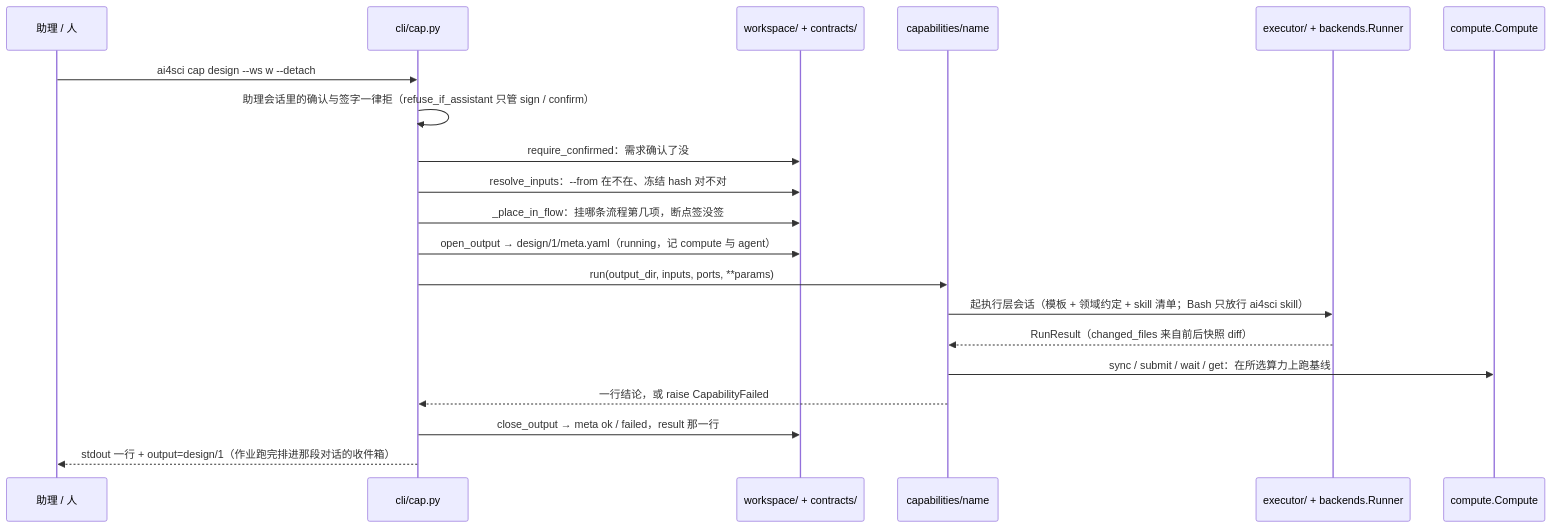
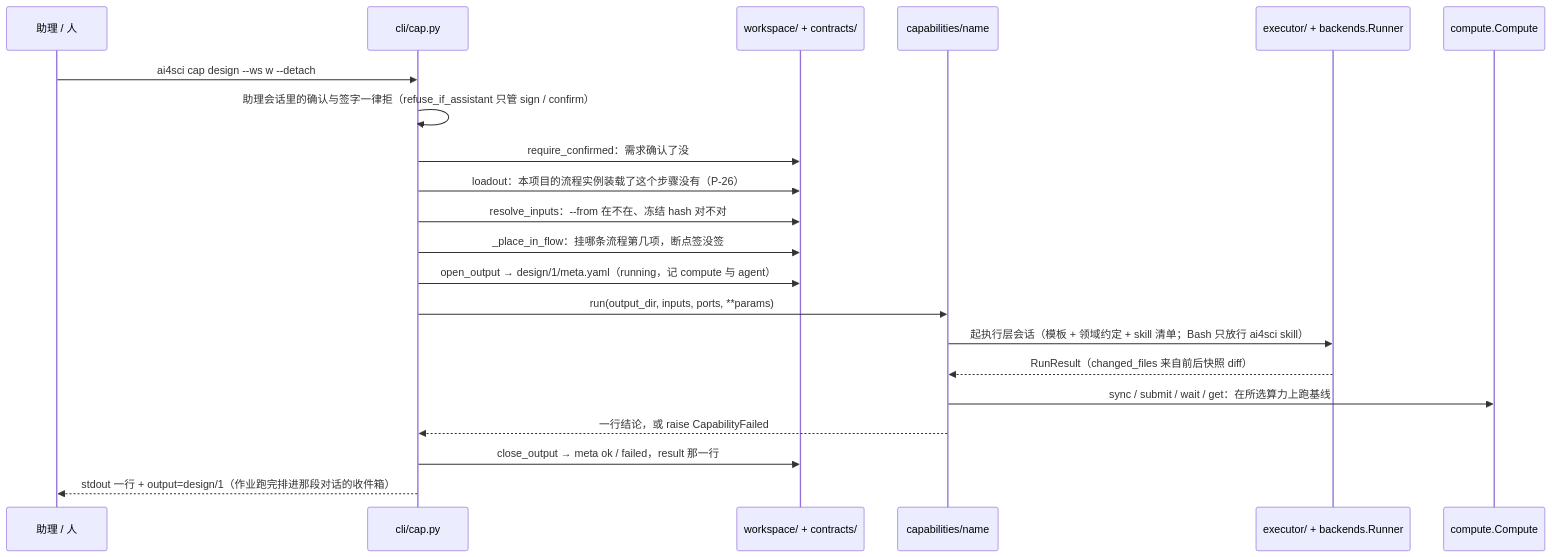
The second of 3 diagrams in framework/README.md (zephyr4123/TJU-AI4Science-Platform), drawn with Mermaid before and after one commit. The commit also changed 18 other files, not shown here.

````diff
--- a/framework/README.md
+++ b/framework/README.md
@@ -80,22 +80,23 @@
 ```mermaid
 sequenceDiagram
   participant A as 助理 / 人
   participant C as cli/cap.py
   participant W as workspace/ + contracts/
   participant X as capabilities/name
   participant E as executor/ + backends.Runner
   participant M as compute.Compute
   A->>C: ai4sci cap design --ws w --detach
   C->>C: 助理会话里的确认与签字一律拒（refuse_if_assistant 只管 sign / confirm）
   C->>W: require_confirmed：需求确认了没
+  C->>W: loadout：本项目的流程实例装载了这个步骤没有（P-26）
   C->>W: resolve_inputs：--from 在不在、冻结 hash 对不对
   C->>W: _place_in_flow：挂哪条流程第几项，断点签没签
   C->>W: open_output → design/1/meta.yaml（running，记 compute 与 agent）
   C->>X: run(output_dir, inputs, ports, **params)
   X->>E: 起执行层会话（模板 + 领域约定 + skill 清单；Bash 只放行 ai4sci skill）
   E-->>X: RunResult（changed_files 来自前后快照 diff）
   X->>M: sync / submit / wait / get：在所选算力上跑基线
   X-->>C: 一行结论，或 raise CapabilityFailed
   C->>W: close_output → meta ok / failed，result 那一行
   C-->>A: stdout 一行 + output=design/1（作业跑完排进那段对话的收件箱）
 ```
````
